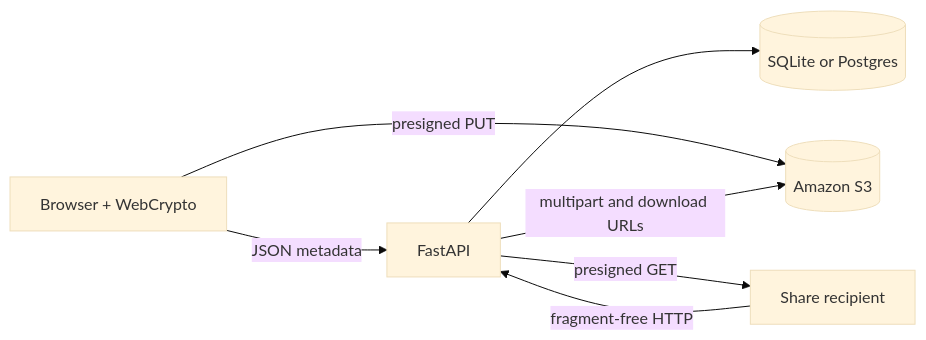
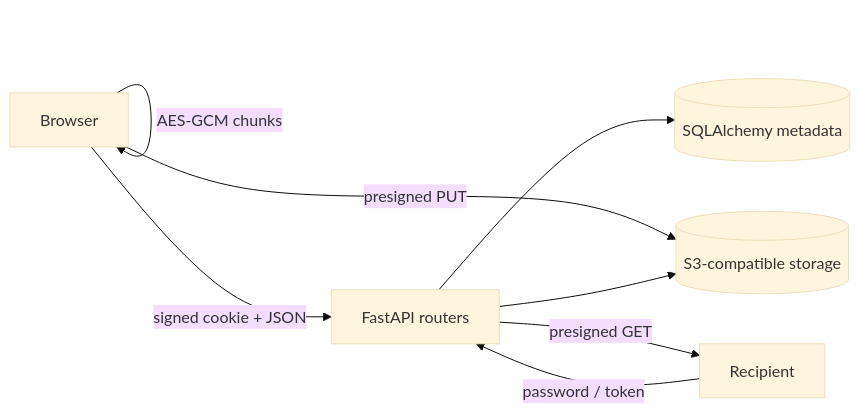
Before and after one commit to FrancisWorld/vaultdrop: the diagram in README.md, drawn with Mermaid (base theme). The commit also changed other lines of this file and 3 other files, not shown here.

Commit message:
docs: document architecture, verification, and limits

````diff
--- a/README.md
+++ b/README.md
@@ -15,9 +13,10 @@
 ```mermaid
 flowchart LR
-  Browser[Browser + WebCrypto] -->|JSON metadata| API[FastAPI]
-  Browser -->|presigned PUT| S3[(Amazon S3)]
-  API --> DB[(SQLite or Postgres)]
-  API -->|multipart and download URLs| S3
-  Share[Share recipient] -->|fragment-free HTTP| API
+  Browser -->|AES-GCM chunks| Browser
+  Browser -->|signed cookie + JSON| API[FastAPI routers]
+  Browser -->|presigned PUT| S3[(S3-compatible storage)]
+  API --> DB[(SQLAlchemy metadata)]
+  API --> S3
+  Share[Recipient] -->|password / token| API
   API -->|presigned GET| Share
 ```
````
